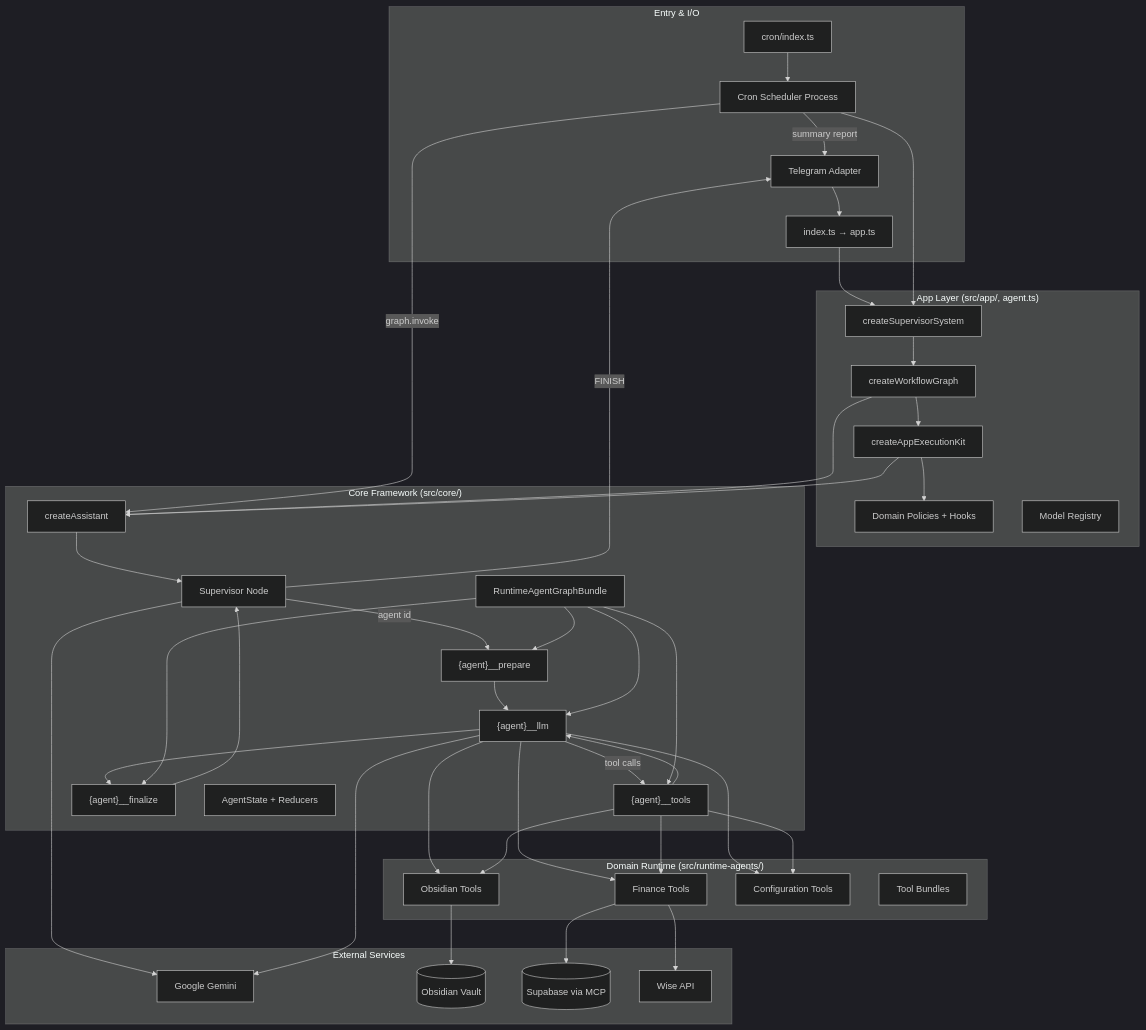
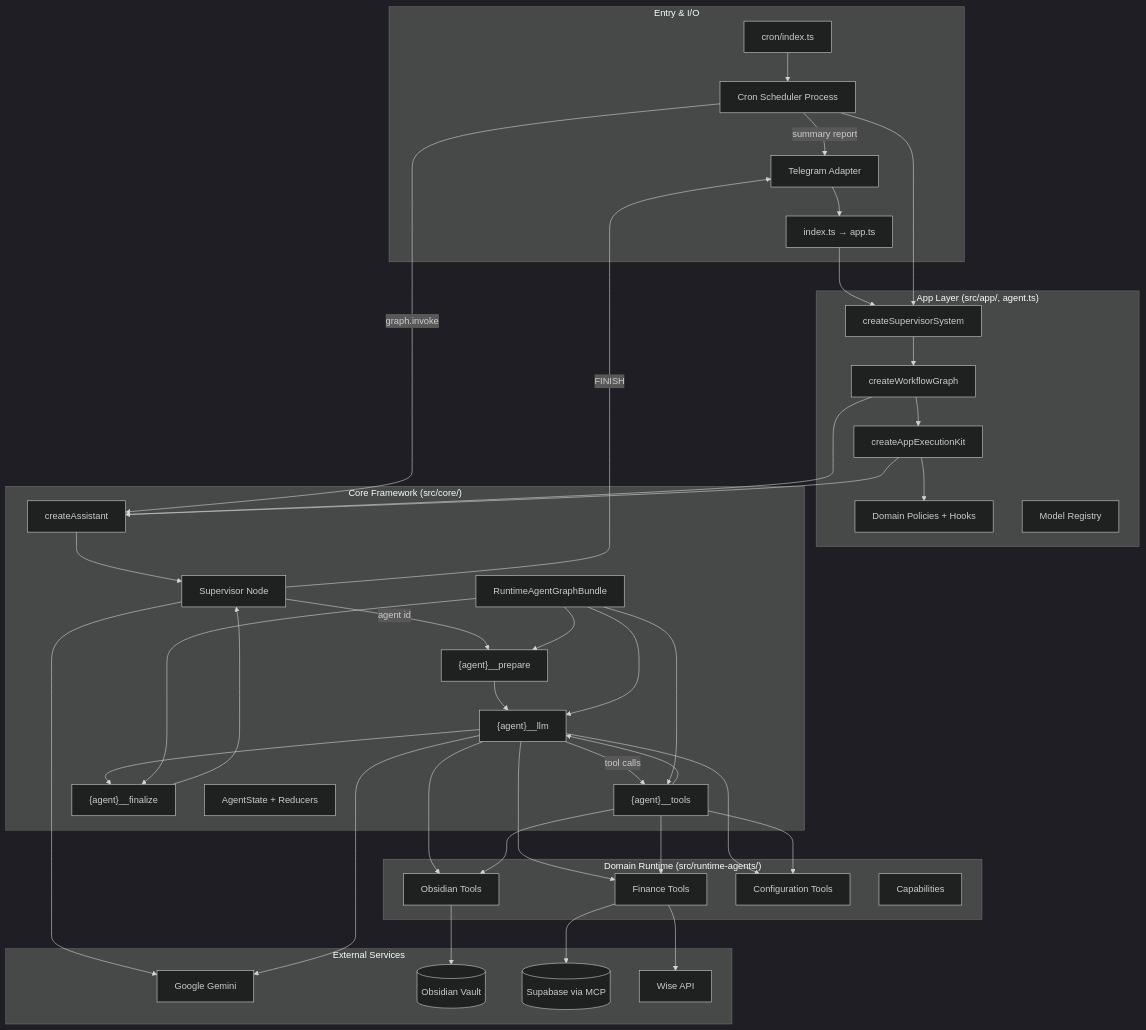
One commit to slnnzmtl/langgraph-personal-assistant changed the first of 2 diagrams in docs/ARCHITECTURE.md. Above: the diagram before and after it, drawn with Mermaid (dark theme). The commit also changed other lines of this file and 26 other files, not shown here.

````diff
--- a/docs/ARCHITECTURE.md
+++ b/docs/ARCHITECTURE.md
@@ -32,63 +32,63 @@
 ```mermaid
 flowchart TB
     subgraph Entry["Entry & I/O"]
         TG[Telegram Adapter]
         CRON[Cron Scheduler Process]
         IDX[index.ts → app.ts]
         CRIDX[cron/index.ts]
     end
 
     subgraph AppLayer["App Layer (src/app/, agent.ts)"]
         WFC[createSupervisorSystem]
         WFG[createWorkflowGraph]
         KIT[createAppExecutionKit]
         POL[Domain Policies + Hooks]
         MR[Model Registry]
     end
 
     subgraph Core["Core Framework (src/core/)"]
         CA[createAssistant]
         SUP[Supervisor Node]
         PREP["{agent}__prepare"]
         LLM["{agent}__llm"]
         TOOLS["{agent}__tools"]
         FINN["{agent}__finalize"]
         BUNDLE[RuntimeAgentGraphBundle]
         STATE[AgentState + Reducers]
     end
 
     subgraph Runtime["Domain Runtime (src/runtime-agents/)"]
         FIN[Finance Tools]
         OBS[Obsidian Tools]
         CFG[Configuration Tools]
-        BUND[Tool Bundles]
+        BUND[Capabilities]
     end
 
     subgraph External["External Services"]
         GEMINI[Google Gemini]
         VAULT[(Obsidian Vault)]
         SB[(Supabase via MCP)]
         WISE[Wise API]
     end
 
     TG --> IDX --> WFC --> WFG --> CA
     CRIDX --> CRON
     CRON --> WFC
     CRON -->|graph.invoke| CA
     CRON -->|summary report| TG
     WFG --> KIT --> CA
     KIT --> POL
     CA --> SUP
     SUP -->|agent id| PREP
     PREP --> LLM
     LLM -->|tool calls| TOOLS
     TOOLS --> LLM
     LLM --> FINN
     FINN --> SUP
     SUP -->|FINISH| TG
     BUNDLE --> PREP & LLM & TOOLS & FINN
     LLM & TOOLS --> FIN & OBS & CFG
     FIN --> SB & WISE
     OBS --> VAULT
     SUP & LLM --> GEMINI
 ```
````
